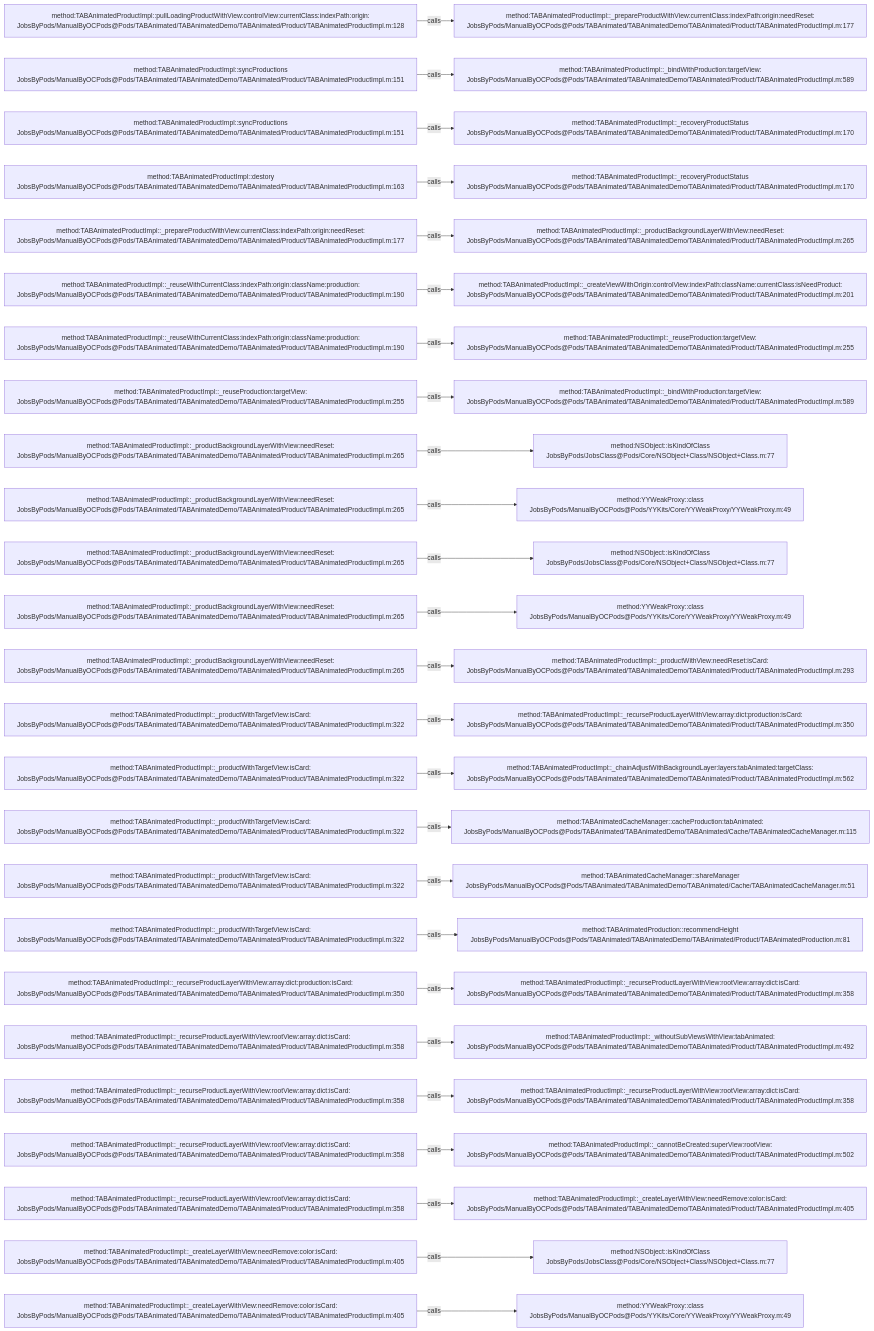
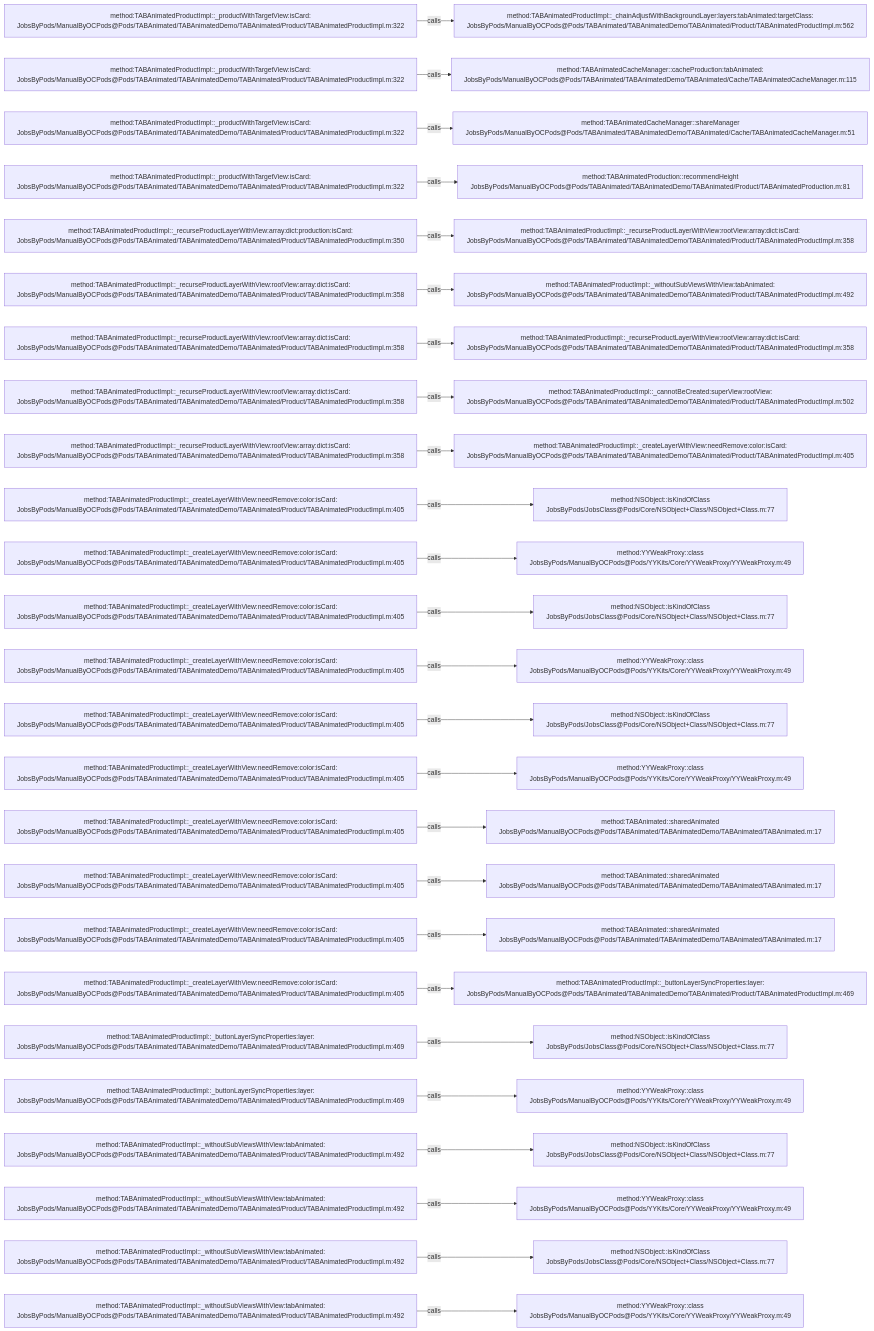
Before and after one commit to JobsKits/JobsOCBaseConfigDemo: the diagram in .codegraph/codegraph.md/graphs/calls-037.md, drawn with Mermaid. The commit also changed 296 other files, not shown here.

````diff
--- a/.codegraph/codegraph.md/graphs/calls-037.md
+++ b/.codegraph/codegraph.md/graphs/calls-037.md
@@ -13,78 +13,78 @@
 ```mermaid
 flowchart LR
-  S1["method:TABAnimatedProductImpl::pullLoadingProductWithView:controlView:currentClass:indexPath:origin:<br/>JobsByPods/ManualByOCPods@Pods/TABAnimated/TABAnimatedDemo/TABAnimated/Product/TABAnimatedProductImpl.m:128"]
-  T1["method:TABAnimatedProductImpl::_prepareProductWithView:currentClass:indexPath:origin:needReset:<br/>JobsByPods/ManualByOCPods@Pods/TABAnimated/TABAnimatedDemo/TABAnimated/Product/TABAnimatedProductImpl.m:177"]
+  S1["method:TABAnimatedProductImpl::_productWithTargetView:isCard:<br/>JobsByPods/ManualByOCPods@Pods/TABAnimated/TABAnimatedDemo/TABAnimated/Product/TABAnimatedProductImpl.m:322"]
+  T1["method:TABAnimatedProductImpl::_chainAdjustWithBackgroundLayer:layers:tabAnimated:targetClass:<br/>JobsByPods/ManualByOCPods@Pods/TABAnimated/TABAnimatedDemo/TABAnimated/Product/TABAnimatedProductImpl.m:562"]
   S1 -->|calls| T1
-  S2["method:TABAnimatedProductImpl::syncProductions<br/>JobsByPods/ManualByOCPods@Pods/TABAnimated/TABAnimatedDemo/TABAnimated/Product/TABAnimatedProductImpl.m:151"]
-  T2["method:TABAnimatedProductImpl::_bindWithProduction:targetView:<br/>JobsByPods/ManualByOCPods@Pods/TABAnimated/TABAnimatedDemo/TABAnimated/Product/TABAnimatedProductImpl.m:589"]
+  S2["method:TABAnimatedProductImpl::_productWithTargetView:isCard:<br/>JobsByPods/ManualByOCPods@Pods/TABAnimated/TABAnimatedDemo/TABAnimated/Product/TABAnimatedProductImpl.m:322"]
+  T2["method:TABAnimatedCacheManager::cacheProduction:tabAnimated:<br/>JobsByPods/ManualByOCPods@Pods/TABAnimated/TABAnimatedDemo/TABAnimated/Cache/TABAnimatedCacheManager.m:115"]
   S2 -->|calls| T2
-  S3["method:TABAnimatedProductImpl::syncProductions<br/>JobsByPods/ManualByOCPods@Pods/TABAnimated/TABAnimatedDemo/TABAnimated/Product/TABAnimatedProductImpl.m:151"]
-  T3["method:TABAnimatedProductImpl::_recoveryProductStatus<br/>JobsByPods/ManualByOCPods@Pods/TABAnimated/TABAnimatedDemo/TABAnimated/Product/TABAnimatedProductImpl.m:170"]
+  S3["method:TABAnimatedProductImpl::_productWithTargetView:isCard:<br/>JobsByPods/ManualByOCPods@Pods/TABAnimated/TABAnimatedDemo/TABAnimated/Product/TABAnimatedProductImpl.m:322"]
+  T3["method:TABAnimatedCacheManager::shareManager<br/>JobsByPods/ManualByOCPods@Pods/TABAnimated/TABAnimatedDemo/TABAnimated/Cache/TABAnimatedCacheManager.m:51"]
   S3 -->|calls| T3
-  S4["method:TABAnimatedProductImpl::destory<br/>JobsByPods/ManualByOCPods@Pods/TABAnimated/TABAnimatedDemo/TABAnimated/Product/TABAnimatedProductImpl.m:163"]
-  T4["method:TABAnimatedProductImpl::_recoveryProductStatus<br/>JobsByPods/ManualByOCPods@Pods/TABAnimated/TABAnimatedDemo/TABAnimated/Product/TABAnimatedProductImpl.m:170"]
+  S4["method:TABAnimatedProductImpl::_productWithTargetView:isCard:<br/>JobsByPods/ManualByOCPods@Pods/TABAnimated/TABAnimatedDemo/TABAnimated/Product/TABAnimatedProductImpl.m:322"]
+  T4["method:TABAnimatedProduction::recommendHeight<br/>JobsByPods/ManualByOCPods@Pods/TABAnimated/TABAnimatedDemo/TABAnimated/Product/TABAnimatedProduction.m:81"]
   S4 -->|calls| T4
-  S5["method:TABAnimatedProductImpl::_prepareProductWithView:currentClass:indexPath:origin:needReset:<br/>JobsByPods/ManualByOCPods@Pods/TABAnimated/TABAnimatedDemo/TABAnimated/Product/TABAnimatedProductImpl.m:177"]
-  T5["method:TABAnimatedProductImpl::_productBackgroundLayerWithView:needReset:<br/>JobsByPods/ManualByOCPods@Pods/TABAnimated/TABAnimatedDemo/TABAnimated/Product/TABAnimatedProductImpl.m:265"]
+  S5["method:TABAnimatedProductImpl::_recurseProductLayerWithView:array:dict:production:isCard:<br/>JobsByPods/ManualByOCPods@Pods/TABAnimated/TABAnimatedDemo/TABAnimated/Product/TABAnimatedProductImpl.m:350"]
+  T5["method:TABAnimatedProductImpl::_recurseProductLayerWithView:rootView:array:dict:isCard:<br/>JobsByPods/ManualByOCPods@Pods/TABAnimated/TABAnimatedDemo/TABAnimated/Product/TABAnimatedProductImpl.m:358"]
   S5 -->|calls| T5
-  S6["method:TABAnimatedProductImpl::_reuseWithCurrentClass:indexPath:origin:className:production:<br/>JobsByPods/ManualByOCPods@Pods/TABAnimated/TABAnimatedDemo/TABAnimated/Product/TABAnimatedProductImpl.m:190"]
-  T6["method:TABAnimatedProductImpl::_createViewWithOrigin:controlView:indexPath:className:currentClass:isNeedProduct:<br/>JobsByPods/ManualByOCPods@Pods/TABAnimated/TABAnimatedDemo/TABAnimated/Product/TABAnimatedProductImpl.m:201"]
+  S6["method:TABAnimatedProductImpl::_recurseProductLayerWithView:rootView:array:dict:isCard:<br/>JobsByPods/ManualByOCPods@Pods/TABAnimated/TABAnimatedDemo/TABAnimated/Product/TABAnimatedProductImpl.m:358"]
+  T6["method:TABAnimatedProductImpl::_withoutSubViewsWithView:tabAnimated:<br/>JobsByPods/ManualByOCPods@Pods/TABAnimated/TABAnimatedDemo/TABAnimated/Product/TABAnimatedProductImpl.m:492"]
   S6 -->|calls| T6
-  S7["method:TABAnimatedProductImpl::_reuseWithCurrentClass:indexPath:origin:className:production:<br/>JobsByPods/ManualByOCPods@Pods/TABAnimated/TABAnimatedDemo/TABAnimated/Product/TABAnimatedProductImpl.m:190"]
-  T7["method:TABAnimatedProductImpl::_reuseProduction:targetView:<br/>JobsByPods/ManualByOCPods@Pods/TABAnimated/TABAnimatedDemo/TABAnimated/Product/TABAnimatedProductImpl.m:255"]
+  S7["method:TABAnimatedProductImpl::_recurseProductLayerWithView:rootView:array:dict:isCard:<br/>JobsByPods/ManualByOCPods@Pods/TABAnimated/TABAnimatedDemo/TABAnimated/Product/TABAnimatedProductImpl.m:358"]
+  T7["method:TABAnimatedProductImpl::_recurseProductLayerWithView:rootView:array:dict:isCard:<br/>JobsByPods/ManualByOCPods@Pods/TABAnimated/TABAnimatedDemo/TABAnimated/Product/TABAnimatedProductImpl.m:358"]
   S7 -->|calls| T7
-  S8["method:TABAnimatedProductImpl::_reuseProduction:targetView:<br/>JobsByPods/ManualByOCPods@Pods/TABAnimated/TABAnimatedDemo/TABAnimated/Product/TABAnimatedProductImpl.m:255"]
-  T8["method:TABAnimatedProductImpl::_bindWithProduction:targetView:<br/>JobsByPods/ManualByOCPods@Pods/TABAnimated/TABAnimatedDemo/TABAnimated/Product/TABAnimatedProductImpl.m:589"]
+  S8["method:TABAnimatedProductImpl::_recurseProductLayerWithView:rootView:array:dict:isCard:<br/>JobsByPods/ManualByOCPods@Pods/TABAnimated/TABAnimatedDemo/TABAnimated/Product/TABAnimatedProductImpl.m:358"]
+  T8["method:TABAnimatedProductImpl::_cannotBeCreated:superView:rootView:<br/>JobsByPods/ManualByOCPods@Pods/TABAnimated/TABAnimatedDemo/TABAnimated/Product/TABAnimatedProductImpl.m:502"]
   S8 -->|calls| T8
-  S9["method:TABAnimatedProductImpl::_productBackgroundLayerWithView:needReset:<br/>JobsByPods/ManualByOCPods@Pods/TABAnimated/TABAnimatedDemo/TABAnimated/Product/TABAnimatedProductImpl.m:265"]
-  T9["method:NSObject::isKindOfClass<br/>JobsByPods/JobsClass@Pods/Core/NSObject+Class/NSObject+Class.m:77"]
+  S9["method:TABAnimatedProductImpl::_recurseProductLayerWithView:rootView:array:dict:isCard:<br/>JobsByPods/ManualByOCPods@Pods/TABAnimated/TABAnimatedDemo/TABAnimated/Product/TABAnimatedProductImpl.m:358"]
+  T9["method:TABAnimatedProductImpl::_createLayerWithView:needRemove:color:isCard:<br/>JobsByPods/ManualByOCPods@Pods/TABAnimated/TABAnimatedDemo/TABAnimated/Product/TABAnimatedProductImpl.m:405"]
   S9 -->|calls| T9
-  S10["method:TABAnimatedProductImpl::_productBackgroundLayerWithView:needReset:<br/>JobsByPods/ManualByOCPods@Pods/TABAnimated/TABAnimatedDemo/TABAnimated/Product/TABAnimatedProductImpl.m:265"]
-  T10["method:YYWeakProxy::class<br/>JobsByPods/ManualByOCPods@Pods/YYKits/Core/YYWeakProxy/YYWeakProxy.m:49"]
+  S10["method:TABAnimatedProductImpl::_createLayerWithView:needRemove:color:isCard:<br/>JobsByPods/ManualByOCPods@Pods/TABAnimated/TABAnimatedDemo/TABAnimated/Product/TABAnimatedProductImpl.m:405"]
+  T10["method:NSObject::isKindOfClass<br/>JobsByPods/JobsClass@Pods/Core/NSObject+Class/NSObject+Class.m:77"]
   S10 -->|calls| T10
-  S11["method:TABAnimatedProductImpl::_productBackgroundLayerWithView:needReset:<br/>JobsByPods/ManualByOCPods@Pods/TABAnimated/TABAnimatedDemo/TABAnimated/Product/TABAnimatedProductImpl.m:265"]
-  T11["method:NSObject::isKindOfClass<br/>JobsByPods/JobsClass@Pods/Core/NSObject+Class/NSObject+Class.m:77"]
+  S11["method:TABAnimatedProductImpl::_createLayerWithView:needRemove:color:isCard:<br/>JobsByPods/ManualByOCPods@Pods/TABAnimated/TABAnimatedDemo/TABAnimated/Product/TABAnimatedProductImpl.m:405"]
+  T11["method:YYWeakProxy::class<br/>JobsByPods/ManualByOCPods@Pods/YYKits/Core/YYWeakProxy/YYWeakProxy.m:49"]
   S11 -->|calls| T11
-  S12["method:TABAnimatedProductImpl::_productBackgroundLayerWithView:needReset:<br/>JobsByPods/ManualByOCPods@Pods/TABAnimated/TABAnimatedDemo/TABAnimated/Product/TABAnimatedProductImpl.m:265"]
-  T12["method:YYWeakProxy::class<br/>JobsByPods/ManualByOCPods@Pods/YYKits/Core/YYWeakProxy/YYWeakProxy.m:49"]
+  S12["method:TABAnimatedProductImpl::_createLayerWithView:needRemove:color:isCard:<br/>JobsByPods/ManualByOCPods@Pods/TABAnimated/TABAnimatedDemo/TABAnimated/Product/TABAnimatedProductImpl.m:405"]
+  T12["method:NSObject::isKindOfClass<br/>JobsByPods/JobsClass@Pods/Core/NSObject+Class/NSObject+Class.m:77"]
   S12 -->|calls| T12
-  S13["method:TABAnimatedProductImpl::_productBackgroundLayerWithView:needReset:<br/>JobsByPods/ManualByOCPods@Pods/TABAnimated/TABAnimatedDemo/TABAnimated/Product/TABAnimatedProductImpl.m:265"]
-  T13["method:TABAnimatedProductImpl::_productWithView:needReset:isCard:<br/>JobsByPods/ManualByOCPods@Pods/TABAnimated/TABAnimatedDemo/TABAnimated/Product/TABAnimatedProductImpl.m:293"]
+  S13["method:TABAnimatedProductImpl::_createLayerWithView:needRemove:color:isCard:<br/>JobsByPods/ManualByOCPods@Pods/TABAnimated/TABAnimatedDemo/TABAnimated/Product/TABAnimatedProductImpl.m:405"]
+  T13["method:YYWeakProxy::class<br/>JobsByPods/ManualByOCPods@Pods/YYKits/Core/YYWeakProxy/YYWeakProxy.m:49"]
   S13 -->|calls| T13
-  S14["method:TABAnimatedProductImpl::_productWithTargetView:isCard:<br/>JobsByPods/ManualByOCPods@Pods/TABAnimated/TABAnimatedDemo/TABAnimated/Product/TABAnimatedProductImpl.m:322"]
-  T14["method:TABAnimatedProductImpl::_recurseProductLayerWithView:array:dict:production:isCard:<br/>JobsByPods/ManualByOCPods@Pods/TABAnimated/TABAnimatedDemo/TABAnimated/Product/TABAnimatedProductImpl.m:350"]
+  S14["method:TABAnimatedProductImpl::_createLayerWithView:needRemove:color:isCard:<br/>JobsByPods/ManualByOCPods@Pods/TABAnimated/TABAnimatedDemo/TABAnimated/Product/TABAnimatedProductImpl.m:405"]
+  T14["method:NSObject::isKindOfClass<br/>JobsByPods/JobsClass@Pods/Core/NSObject+Class/NSObject+Class.m:77"]
   S14 -->|calls| T14
-  S15["method:TABAnimatedProductImpl::_productWithTargetView:isCard:<br/>JobsByPods/ManualByOCPods@Pods/TABAnimated/TABAnimatedDemo/TABAnimated/Product/TABAnimatedProductImpl.m:322"]
-  T15["method:TABAnimatedProductImpl::_chainAdjustWithBackgroundLayer:layers:tabAnimated:targetClass:<br/>JobsByPods/ManualByOCPods@Pods/TABAnimated/TABAnimatedDemo/TABAnimated/Product/TABAnimatedProductImpl.m:562"]
+  S15["method:TABAnimatedProductImpl::_createLayerWithView:needRemove:color:isCard:<br/>JobsByPods/ManualByOCPods@Pods/TABAnimated/TABAnimatedDemo/TABAnimated/Product/TABAnimatedProductImpl.m:405"]
+  T15["method:YYWeakProxy::class<br/>JobsByPods/ManualByOCPods@Pods/YYKits/Core/YYWeakProxy/YYWeakProxy.m:49"]
   S15 -->|calls| T15
-  S16["method:TABAnimatedProductImpl::_productWithTargetView:isCard:<br/>JobsByPods/ManualByOCPods@Pods/TABAnimated/TABAnimatedDemo/TABAnimated/Product/TABAnimatedProductImpl.m:322"]
-  T16["method:TABAnimatedCacheManager::cacheProduction:tabAnimated:<br/>JobsByPods/ManualByOCPods@Pods/TABAnimated/TABAnimatedDemo/TABAnimated/Cache/TABAnimatedCacheManager.m:115"]
+  S16["method:TABAnimatedProductImpl::_createLayerWithView:needRemove:color:isCard:<br/>JobsByPods/ManualByOCPods@Pods/TABAnimated/TABAnimatedDemo/TABAnimated/Product/TABAnimatedProductImpl.m:405"]
+  T16["method:TABAnimated::sharedAnimated<br/>JobsByPods/ManualByOCPods@Pods/TABAnimated/TABAnimatedDemo/TABAnimated/TABAnimated.m:17"]
   S16 -->|calls| T16
-  S17["method:TABAnimatedProductImpl::_productWithTargetView:isCard:<br/>JobsByPods/ManualByOCPods@Pods/TABAnimated/TABAnimatedDemo/TABAnimated/Product/TABAnimatedProductImpl.m:322"]
-  T17["method:TABAnimatedCacheManager::shareManager<br/>JobsByPods/ManualByOCPods@Pods/TABAnimated/TABAnimatedDemo/TABAnimated/Cache/TABAnimatedCacheManager.m:51"]
+  S17["method:TABAnimatedProductImpl::_createLayerWithView:needRemove:color:isCard:<br/>JobsByPods/ManualByOCPods@Pods/TABAnimated/TABAnimatedDemo/TABAnimated/Product/TABAnimatedProductImpl.m:405"]
+  T17["method:TABAnimated::sharedAnimated<br/>JobsByPods/ManualByOCPods@Pods/TABAnimated/TABAnimatedDemo/TABAnimated/TABAnimated.m:17"]
   S17 -->|calls| T17
-  S18["method:TABAnimatedProductImpl::_productWithTargetView:isCard:<br/>JobsByPods/ManualByOCPods@Pods/TABAnimated/TABAnimatedDemo/TABAnimated/Product/TABAnimatedProductImpl.m:322"]
-  T18["method:TABAnimatedProduction::recommendHeight<br/>JobsByPods/ManualByOCPods@Pods/TABAnimated/TABAnimatedDemo/TABAnimated/Product/TABAnimatedProduction.m:81"]
+  S18["method:TABAnimatedProductImpl::_createLayerWithView:needRemove:color:isCard:<br/>JobsByPods/ManualByOCPods@Pods/TABAnimated/TABAnimatedDemo/TABAnimated/Product/TABAnimatedProductImpl.m:405"]
+  T18["method:TABAnimated::sharedAnimated<br/>JobsByPods/ManualByOCPods@Pods/TABAnimated/TABAnimatedDemo/TABAnimated/TABAnimated.m:17"]
   S18 -->|calls| T18
-  S19["method:TABAnimatedProductImpl::_recurseProductLayerWithView:array:dict:production:isCard:<br/>JobsByPods/ManualByOCPods@Pods/TABAnimated/TABAnimatedDemo/TABAnimated/Product/TABAnimatedProductImpl.m:350"]
-  T19["method:TABAnimatedProductImpl::_recurseProductLayerWithView:rootView:array:dict:isCard:<br/>JobsByPods/ManualByOCPods@Pods/TABAnimated/TABAnimatedDemo/TABAnimated/Product/TABAnimatedProductImpl.m:358"]
+  S19["method:TABAnimatedProductImpl::_createLayerWithView:needRemove:color:isCard:<br/>JobsByPods/ManualByOCPods@Pods/TABAnimated/TABAnimatedDemo/TABAnimated/Product/TABAnimatedProductImpl.m:405"]
+  T19["method:TABAnimatedProductImpl::_buttonLayerSyncProperties:layer:<br/>JobsByPods/ManualByOCPods@Pods/TABAnimated/TABAnimatedDemo/TABAnimated/Product/TABAnimatedProductImpl.m:469"]
   S19 -->|calls| T19
-  S20["method:TABAnimatedProductImpl::_recurseProductLayerWithView:rootView:array:dict:isCard:<br/>JobsByPods/ManualByOCPods@Pods/TABAnimated/TABAnimatedDemo/TABAnimated/Product/TABAnimatedProductImpl.m:358"]
-  T20["method:TABAnimatedProductImpl::_withoutSubViewsWithView:tabAnimated:<br/>JobsByPods/ManualByOCPods@Pods/TABAnimated/TABAnimatedDemo/TABAnimated/Product/TABAnimatedProductImpl.m:492"]
+  S20["method:TABAnimatedProductImpl::_buttonLayerSyncProperties:layer:<br/>JobsByPods/ManualByOCPods@Pods/TABAnimated/TABAnimatedDemo/TABAnimated/Product/TABAnimatedProductImpl.m:469"]
+  T20["method:NSObject::isKindOfClass<br/>JobsByPods/JobsClass@Pods/Core/NSObject+Class/NSObject+Class.m:77"]
   S20 -->|calls| T20
-  S21["method:TABAnimatedProductImpl::_recurseProductLayerWithView:rootView:array:dict:isCard:<br/>JobsByPods/ManualByOCPods@Pods/TABAnimated/TABAnimatedDemo/TABAnimated/Product/TABAnimatedProductImpl.m:358"]
-  T21["method:TABAnimatedProductImpl::_recurseProductLayerWithView:rootView:array:dict:isCard:<br/>JobsByPods/ManualByOCPods@Pods/TABAnimated/TABAnimatedDemo/TABAnimated/Product/TABAnimatedProductImpl.m:358"]
+  S21["method:TABAnimatedProductImpl::_buttonLayerSyncProperties:layer:<br/>JobsByPods/ManualByOCPods@Pods/TABAnimated/TABAnimatedDemo/TABAnimated/Product/TABAnimatedProductImpl.m:469"]
+  T21["method:YYWeakProxy::class<br/>JobsByPods/ManualByOCPods@Pods/YYKits/Core/YYWeakProxy/YYWeakProxy.m:49"]
   S21 -->|calls| T21
-  S22["method:TABAnimatedProductImpl::_recurseProductLayerWithView:rootView:array:dict:isCard:<br/>JobsByPods/ManualByOCPods@Pods/TABAnimated/TABAnimatedDemo/TABAnimated/Product/TABAnimatedProductImpl.m:358"]
-  T22["method:TABAnimatedProductImpl::_cannotBeCreated:superView:rootView:<br/>JobsByPods/ManualByOCPods@Pods/TABAnimated/TABAnimatedDemo/TABAnimated/Product/TABAnimatedProductImpl.m:502"]
+  S22["method:TABAnimatedProductImpl::_withoutSubViewsWithView:tabAnimated:<br/>JobsByPods/ManualByOCPods@Pods/TABAnimated/TABAnimatedDemo/TABAnimated/Product/TABAnimatedProductImpl.m:492"]
+  T22["method:NSObject::isKindOfClass<br/>JobsByPods/JobsClass@Pods/Core/NSObject+Class/NSObject+Class.m:77"]
   S22 -->|calls| T22
-  S23["method:TABAnimatedProductImpl::_recurseProductLayerWithView:rootView:array:dict:isCard:<br/>JobsByPods/ManualByOCPods@Pods/TABAnimated/TABAnimatedDemo/TABAnimated/Product/TABAnimatedProductImpl.m:358"]
-  T23["method:TABAnimatedProductImpl::_createLayerWithView:needRemove:color:isCard:<br/>JobsByPods/ManualByOCPods@Pods/TABAnimated/TABAnimatedDemo/TABAnimated/Product/TABAnimatedProductImpl.m:405"]
+  S23["method:TABAnimatedProductImpl::_withoutSubViewsWithView:tabAnimated:<br/>JobsByPods/ManualByOCPods@Pods/TABAnimated/TABAnimatedDemo/TABAnimated/Product/TABAnimatedProductImpl.m:492"]
+  T23["method:YYWeakProxy::class<br/>JobsByPods/ManualByOCPods@Pods/YYKits/Core/YYWeakProxy/YYWeakProxy.m:49"]
   S23 -->|calls| T23
-  S24["method:TABAnimatedProductImpl::_createLayerWithView:needRemove:color:isCard:<br/>JobsByPods/ManualByOCPods@Pods/TABAnimated/TABAnimatedDemo/TABAnimated/Product/TABAnimatedProductImpl.m:405"]
+  S24["method:TABAnimatedProductImpl::_withoutSubViewsWithView:tabAnimated:<br/>JobsByPods/ManualByOCPods@Pods/TABAnimated/TABAnimatedDemo/TABAnimated/Product/TABAnimatedProductImpl.m:492"]
   T24["method:NSObject::isKindOfClass<br/>JobsByPods/JobsClass@Pods/Core/NSObject+Class/NSObject+Class.m:77"]
   S24 -->|calls| T24
-  S25["method:TABAnimatedProductImpl::_createLayerWithView:needRemove:color:isCard:<br/>JobsByPods/ManualByOCPods@Pods/TABAnimated/TABAnimatedDemo/TABAnimated/Product/TABAnimatedProductImpl.m:405"]
+  S25["method:TABAnimatedProductImpl::_withoutSubViewsWithView:tabAnimated:<br/>JobsByPods/ManualByOCPods@Pods/TABAnimated/TABAnimatedDemo/TABAnimated/Product/TABAnimatedProductImpl.m:492"]
   T25["method:YYWeakProxy::class<br/>JobsByPods/ManualByOCPods@Pods/YYKits/Core/YYWeakProxy/YYWeakProxy.m:49"]
   S25 -->|calls| T25
 ```
````
